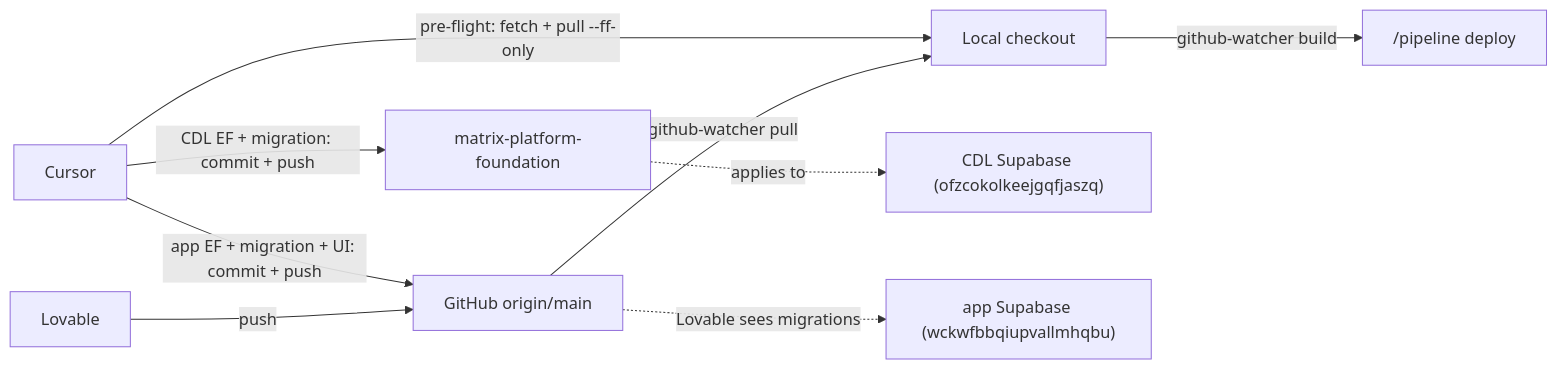
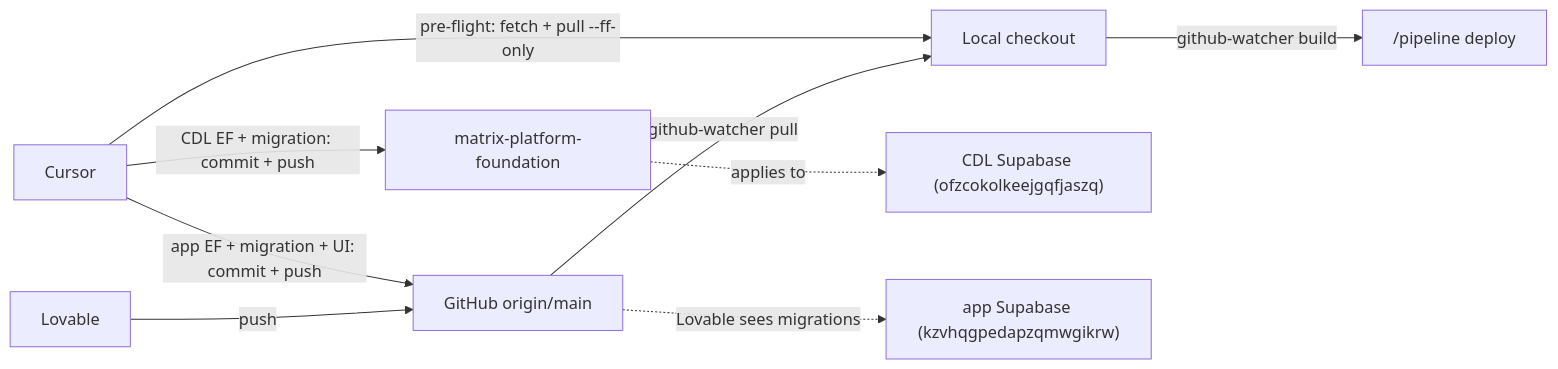
The first of 2 diagrams in docs/product-specs/matrix-pipeline/wiki/architecture.md (gca-global/matrix-platform-kb), drawn with Mermaid before and after one commit. The commit also changed other lines of this file and 7 other files, not shown here.

First line of the commit message:
kb: pipeline App-DB ref = kzvhqgpedapzqmwgikrw; Week 1 Cursor close-out

````diff
--- a/docs/product-specs/matrix-pipeline/wiki/architecture.md
+++ b/docs/product-specs/matrix-pipeline/wiki/architecture.md
@@ -71,11 +71,11 @@
 ```mermaid
 flowchart LR
   Lovable -->|push| Remote["GitHub origin/main"]
   Remote -->|"github-watcher pull"| Local["Local checkout"]
   Local -->|"github-watcher build"| Apache["/pipeline deploy"]
   Cursor -->|"pre-flight: fetch + pull --ff-only"| Local
   Cursor -->|"app EF + migration + UI: commit + push"| Remote
   Cursor -->|"CDL EF + migration: commit + push"| Foundation["matrix-platform-foundation"]
   Foundation -.->|"applies to"| CDL["CDL Supabase (ofzcokolkeejgqfjaszq)"]
-  Remote -.->|"Lovable sees migrations"| AppDB["app Supabase (wckwfbbqiupvallmhqbu)"]
+  Remote -.->|"Lovable sees migrations"| AppDB["app Supabase (kzvhqgpedapzqmwgikrw)"]
 ```
````
